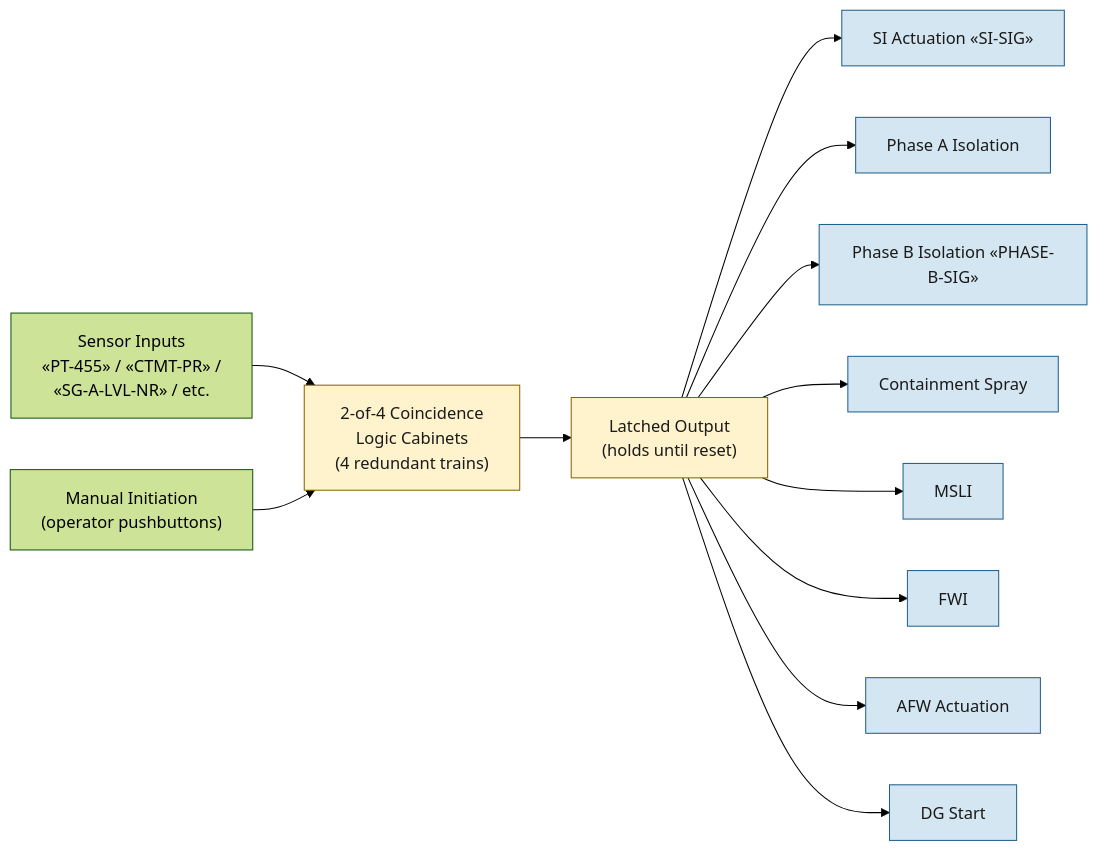
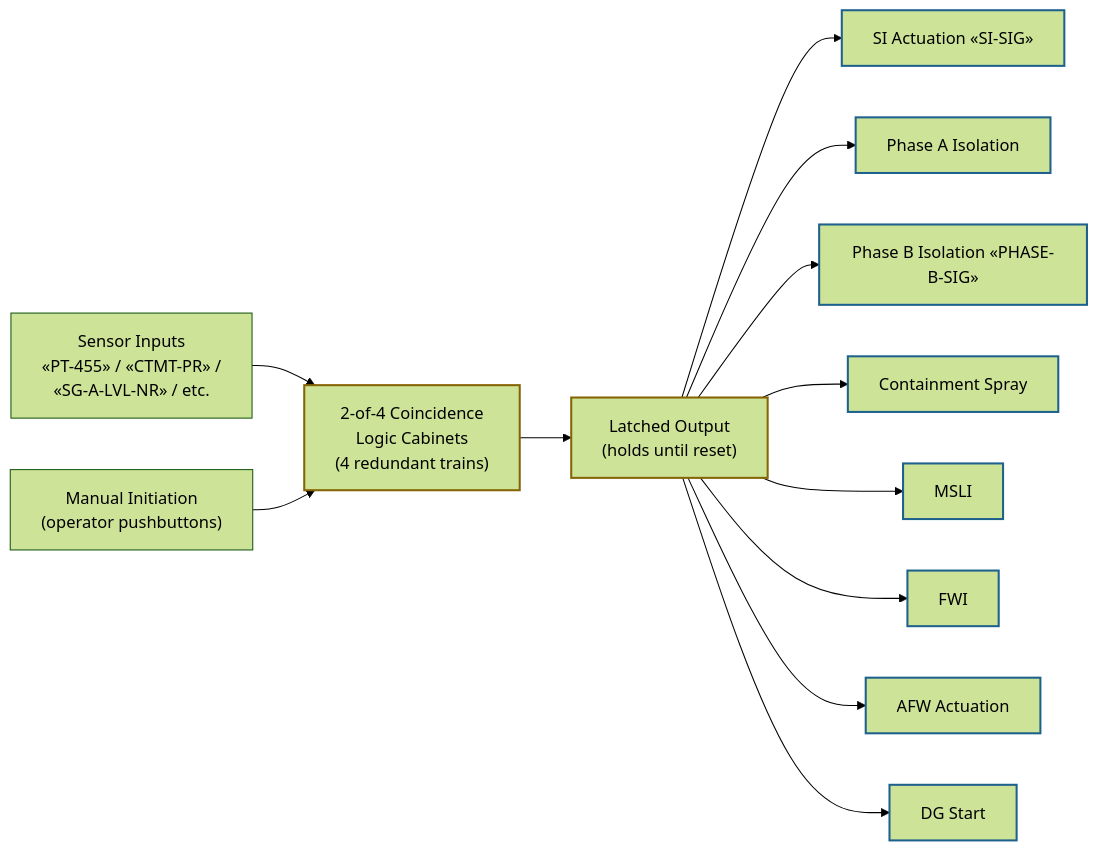
The diagram in wiki/systems/esf.md (samsinn-wikis/pwr-ops), drawn with Mermaid (forest theme) before and after one commit. The commit also changed 14 other files, not shown here.

````diff
--- a/wiki/systems/esf.md
+++ b/wiki/systems/esf.md
@@ -41,24 +41,24 @@
 ```mermaid
 flowchart LR
     SENSORS["Sensor Inputs<br/>«PT-455» / «CTMT-PR» /<br/>«SG-A-LVL-NR» / etc."]
     MANUAL["Manual Initiation<br/>(operator pushbuttons)"]
     BISTABLE["2-of-4 Coincidence<br/>Logic Cabinets<br/>(4 redundant trains)"]
     LATCH["Latched Output<br/>(holds until reset)"]
     SI["SI Actuation «SI-SIG»"]
     PA["Phase A Isolation"]
     PB["Phase B Isolation «PHASE-B-SIG»"]
     SPRAY["Containment Spray"]
     MSLI["MSLI"]
     FWI["FWI"]
     AFW["AFW Actuation"]
     DG["DG Start"]
 
     SENSORS & MANUAL --> BISTABLE
     BISTABLE --> LATCH
     LATCH --> SI & PA & PB & SPRAY & MSLI & FWI & AFW & DG
 
-    classDef logic fill:#fff3cd,stroke:#856404,color:#1a1a1a
-    classDef out fill:#d4e6f1,stroke:#1f618d,color:#1a1a1a
+    classDef logic stroke:#856404,stroke-width:2px
+    classDef out stroke:#1f618d,stroke-width:2px
     class BISTABLE,LATCH logic
     class SI,PA,PB,SPRAY,MSLI,FWI,AFW,DG out
 ```
````
